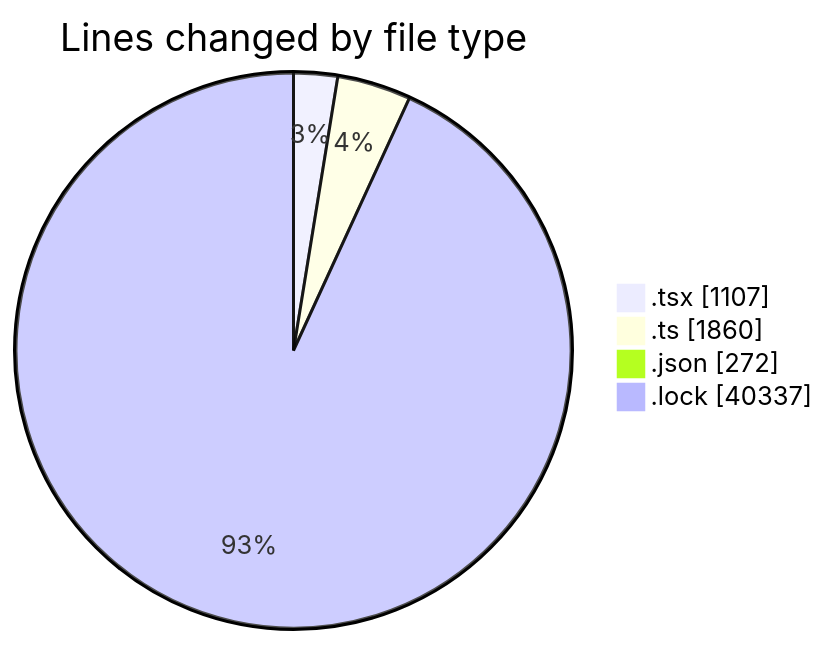
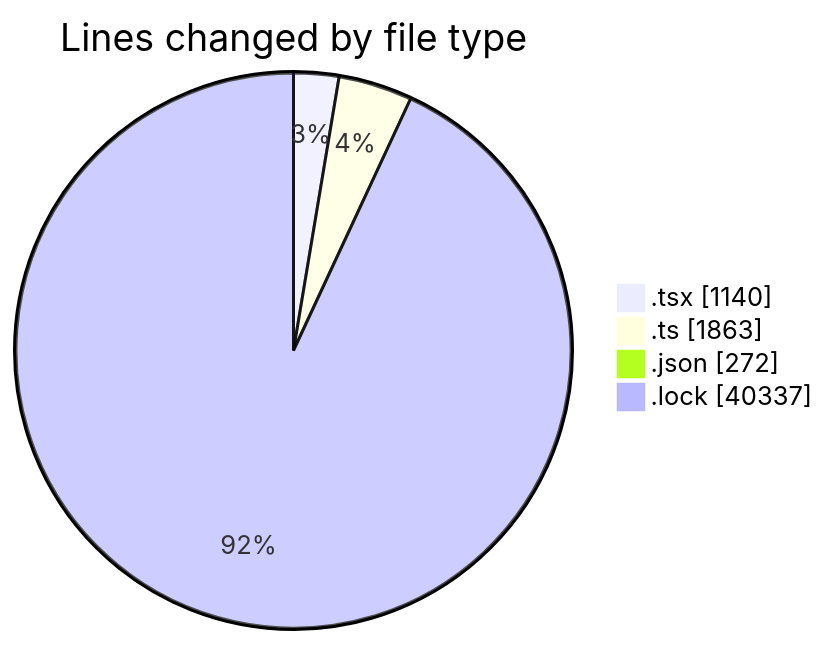
One commit to momahboobian/code-tracking changed the first of 2 diagrams in 2026-03-27/cda/README.md. Above: the diagram before and after it, drawn with Mermaid. The commit also changed other lines of this file and 1 other file, not shown here.

````diff
--- a/2026-03-27/cda/README.md
+++ b/2026-03-27/cda/README.md
@@ -39,8 +40,8 @@
 ```mermaid
 pie showData
 title Lines changed by file type
-".tsx" : 1107
-".ts" : 1860
+".tsx" : 1140
+".ts" : 1863
 ".json" : 272
 ".lock" : 40337
 ```
````
